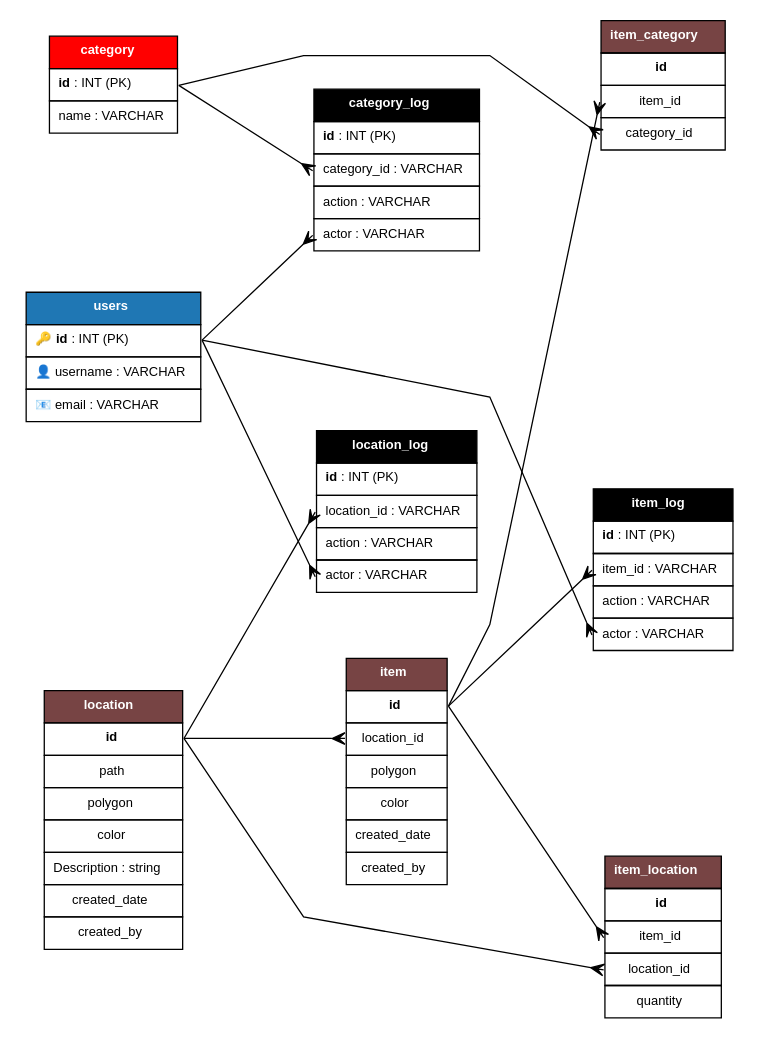
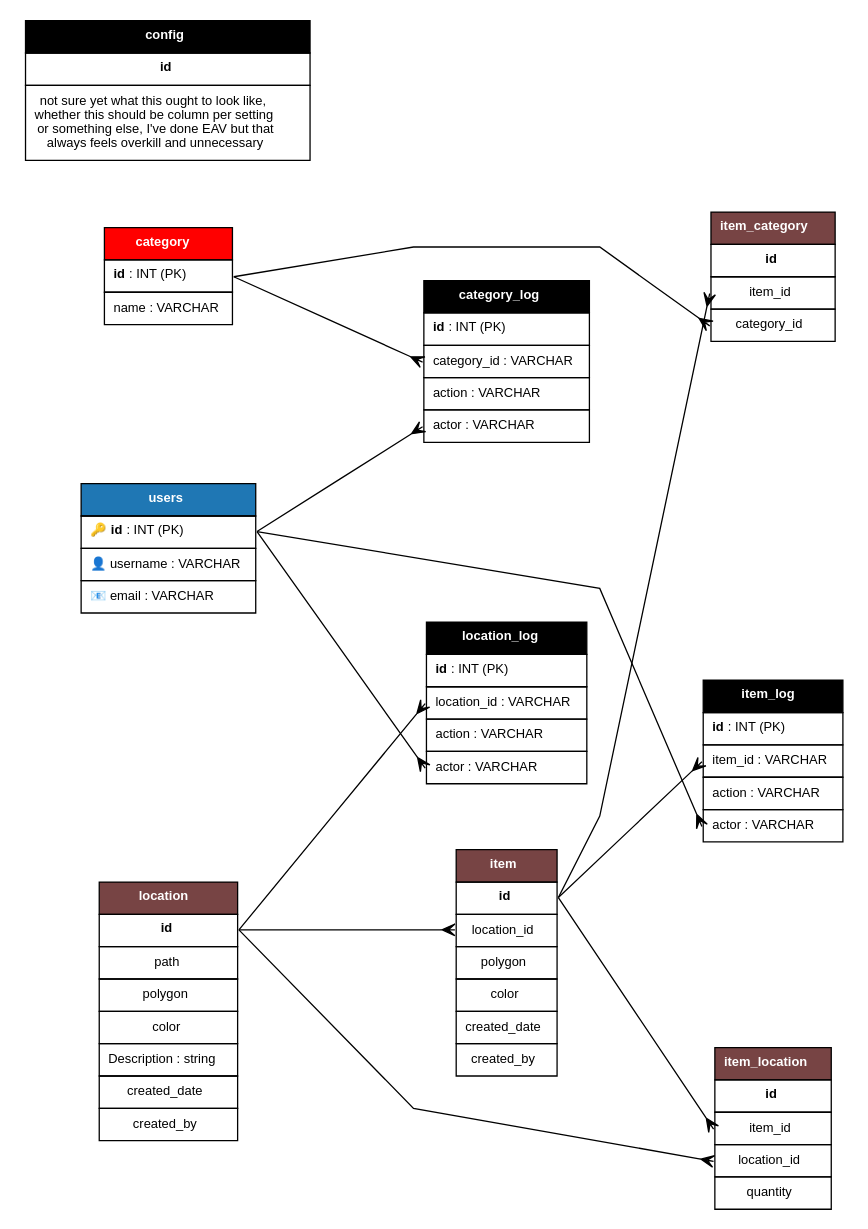
The diagram in ERD.gv (kyrandita/hominv), drawn with Graphviz before and after one commit. The commit also changed 14 other files, not shown here.

```diff
--- a/ERD.gv
+++ b/ERD.gv
@@ -1,181 +1,189 @@
 digraph ERD {
     // Global graph settings for clean layout
     graph [
         rankdir = "LR"       // Left-to-Right orientation prevents overly tall diagrams
         splines = "polyline"    // Uses clean, rectangular, right-angle routing lines
         nodesep = 0.6        // Space between tables
         ranksep = 1.0        // Space between different layout levels
     ];
 
     // Default node style setup to look like data tables
     node [
         shape = "none"       // Necessary to let the HTML-like table define the border
         fontname = "Helvetica"
         fontsize = 10
     ];
 
     // Edge settings for Crow's Foot style notations
     edge [
         fontname = "Helvetica"
         fontsize = 9
         arrowhead = "crow"   // The "Many" side notation
         arrowtail = "tee"    // The "One" side notation
  //       dir = "both"         // Displays symbols on both sides of the line
     ];
 
     // ==========================================
     // TABLES DEFINITIONS
     // ==========================================
 
     /**
      * STEP 0
      */
     // Users Table
     user [label=<
         <table border="0" cellborder="1" cellspacing="0" cellpadding="6">
             <tr><td bgcolor="#1f77b4" port="title"><font color="white"><b>users</b></font></td></tr>
             <tr><td port="id" align="left">🔑 <b>id</b> : INT (PK)</td></tr>
             <tr><td port="username" align="left">👤 username : VARCHAR</td></tr>
             <tr><td port="email" align="left">📧 email : VARCHAR</td></tr>
         </table>
     >];
 
     category [label=<
         <table border="0" cellborder="1" cellspacing="0" cellpadding="6">
             <tr><td bgcolor="red" port="title"><font color="white"><b>category</b></font></td></tr>
             <tr><td port="id" align="left"><b>id</b> : INT (PK)</td></tr>
             <tr><td port="name" align="left">name : VARCHAR</td></tr>
         </table>
     >];
 
     location [label=<
         <table border="0" cellborder="1" cellspacing="0" cellpadding="6">
             <tr><td bgcolor="#774444"><font color="white"><b>location</b></font></td></tr>
             <tr><td port="id"><b>id</b></td></tr>
             <tr><td port="path">path</td></tr>
             <tr><td port="polygon">polygon</td></tr>
             <tr><td port="color">color</td></tr>
             <tr><td>Description : string</td></tr>
             <tr><td port="created_date">created_date</td></tr>
             <tr><td port="created_by">created_by</td></tr>
         </table>
     >];
 
-    {rank=source; user, location, category}
+    config [label=<
+        <table border="0" cellborder="1" cellspacing="0" cellpadding="6">
+            <tr><td bgcolor="#3A3"><font color="white"><b>config</b></font></td></tr>
+            <tr><td port="id"><b>id</b></td></tr>
+            <tr><td>not sure yet what this ought to look like,<br/>whether this should be column per setting<br/>or something else, I've done EAV but that<br/>always feels overkill and unnecessary</td></tr>
+        </table>
+    >]
+
+    {rank=source; user, location, category, config}
 
 
     /**
      * STEP 1
      */
 
     // Orders Table
     // from the copied original example, left here for reference only as I don't deal with orders in this DB, will remove eventually
     //order [label=<
     //    <table border="0" cellborder="1" cellspacing="0" cellpadding="6">
     //        <tr><td bgcolor="#2ca02c" port="title"><font color="white"><b>orders</b></font></td></tr>
     //        <tr><td port="id" align="left">🔑 <b>id</b> : INT (PK)</td></tr>
     //        <tr><td port="user_id" align="left">🔗 <i>user_id</i> : INT (FK)</td></tr>
     //        <tr><td port="total_price" align="left">💰 total_price : DECIMAL</td></tr>
     //    </table>
     //>];
 
     category_log [label=<
         <table border="0" cellborder="1" cellspacing="0" cellpadding="6">
             <tr><td bgcolor="#A00" port="title"><font color="white"><b>category_log</b></font></td></tr>
             <tr><td port="id" align="left"><b>id</b> : INT (PK)</td></tr>
             <tr><td port="category_id" align="left">category_id : VARCHAR</td></tr>
             <tr><td port="action" align="left">action : VARCHAR</td></tr>
             <tr><td port="actor" align="left">actor : VARCHAR</td></tr>
         </table>
     >];
 
     user:id -> category_log:actor
     category:id -> category_log:category_id
 
     location_log [label=<
         <table border="0" cellborder="1" cellspacing="0" cellpadding="6">
             <tr><td bgcolor="#00A" port="title"><font color="white"><b>location_log</b></font></td></tr>
             <tr><td port="id" align="left"><b>id</b> : INT (PK)</td></tr>
             <tr><td port="location_id" align="left">location_id : VARCHAR</td></tr>
             <tr><td port="action" align="left">action : VARCHAR</td></tr>
             <tr><td port="actor" align="left">actor : VARCHAR</td></tr>
         </table>
     >];
 
     user:id:e -> location_log:actor:w
     location:id -> location_log:location_id
 
     item [label=<
         <table border="0" cellborder="1" cellspacing="0" cellpadding="6">
             <tr><td bgcolor="#774444"><font color="white"><b>item</b></font></td></tr>
             <tr><td port="id"><b>id</b></td></tr>
             // this is the other option for linking items to locations, with location history being either in the log or another history log
             // (if we want it to be FK). This is if we force distinct entries for each count of a multiple item import. Will discuss UI and process
             // implications with a friend to make this decision once I've looked deeper into comparable products to see more of how the problem is solved there
             <tr><td port="location_id">location_id</td></tr>
             <tr><td port="polygon">polygon</td></tr>
             <tr><td port="color">color</td></tr>
             <tr><td port="created_date">created_date</td></tr>
             <tr><td port="created_by">created_by</td></tr>
         </table>
     >];
 
     location:id -> item:location_id
 
     /**
      * STEP 2
      */
 
     item_location [label=<
         <table border="0" cellborder="1" cellspacing="0" cellpadding="6">
             <tr><td bgcolor="#774444"><font color="white"><b>item_location</b></font></td></tr>
             <tr><td port="id"><b>id</b></td></tr>
             <tr><td port="item_id">item_id</td></tr>
             <tr><td port="location_id">location_id</td></tr>
             // I don't know if quantity actually makes sense here, each quantity even if purchased on the same day MUST be separate if serialized inventory,
             // and probably should be to track condition separately, if not separated given each an ID tag to track loss would be more difficult.
             // TODO research, how does Homebox handle Item quantity? does condition apply to the stack, do they split quantity to distinct items on import?
             <tr><td port="quantity">quantity</td></tr>
         </table>
     >];
 
     item:id -> item_location:item_id
     location:id -> item_location:location_id
 
     item_category [label=<
         <table border="0" cellborder="1" cellspacing="0" cellpadding="6">
             <tr><td bgcolor="#774444"><font color="white"><b>item_category</b></font></td></tr>
             <tr><td port="id"><b>id</b></td></tr>
             <tr><td port="item_id">item_id</td></tr>
             <tr><td port="category_id">category_id</td></tr>
         </table>
     >];
 
     item:id -> item_category:item_id
     category:id -> item_category:category_id
 
     item_log [label=<
         <table border="0" cellborder="1" cellspacing="0" cellpadding="6">
             <tr><td bgcolor="#00A" port="title"><font color="white"><b>item_log</b></font></td></tr>
             <tr><td port="id" align="left"><b>id</b> : INT (PK)</td></tr>
             <tr><td port="item_id" align="left">item_id : VARCHAR</td></tr>
             <tr><td port="action" align="left">action : VARCHAR</td></tr>
             <tr><td port="actor" align="left">actor : VARCHAR</td></tr>
         </table>
     >];
 
     user:id -> item_log:actor
     item:id -> item_log:item_id
 
     /**
      * STEP 3
      */
 
 
     // ==========================================
     // RELATIONSHIPS (FOREIGN KEYS)
     // ==========================================
     
     // Connects table users (id column) to table orders (user_id column)
     //user:id:e -> order:user_id:w [headlabel="0..*", taillabel="1..1"];
 }
```
